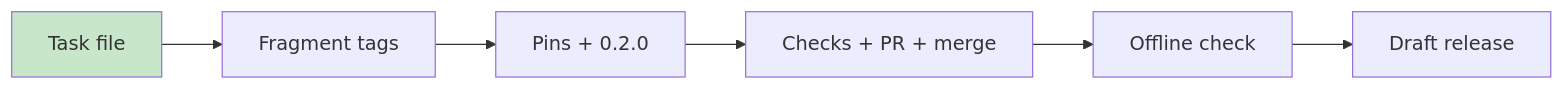
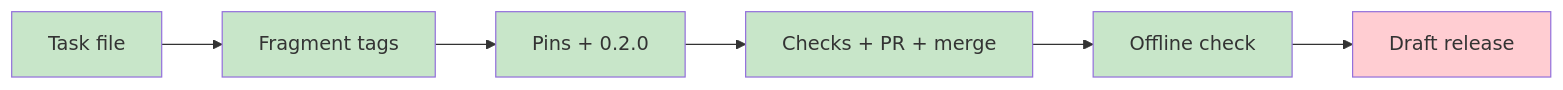
The diagram in .task/014-app-0-2-0.md (PaliCanon/app), drawn with Mermaid before and after one commit. The commit also changed other lines of this file, not shown here.

Commit message:
chore(task): 014 merged — 3c8c061, the release waits for the notary profile (#5)

````diff
--- a/.task/014-app-0-2-0.md
+++ b/.task/014-app-0-2-0.md
@@ -27,10 +27,10 @@
 ```mermaid
 flowchart LR
   T[Task file]:::green --> F[Fragment tags]
-  F --> P[Pins + 0.2.0]
-  P --> C[Checks + PR + merge]
-  C --> O[Offline check]
-  O --> R[Draft release]
+  F:::green --> P[Pins + 0.2.0]:::green
+  P --> C[Checks + PR + merge]:::green
+  C --> O[Offline check]:::green
+  O --> R[Draft release]:::red
   classDef green fill:#c8e6c9
   classDef red fill:#ffcdd2
 ```
````
